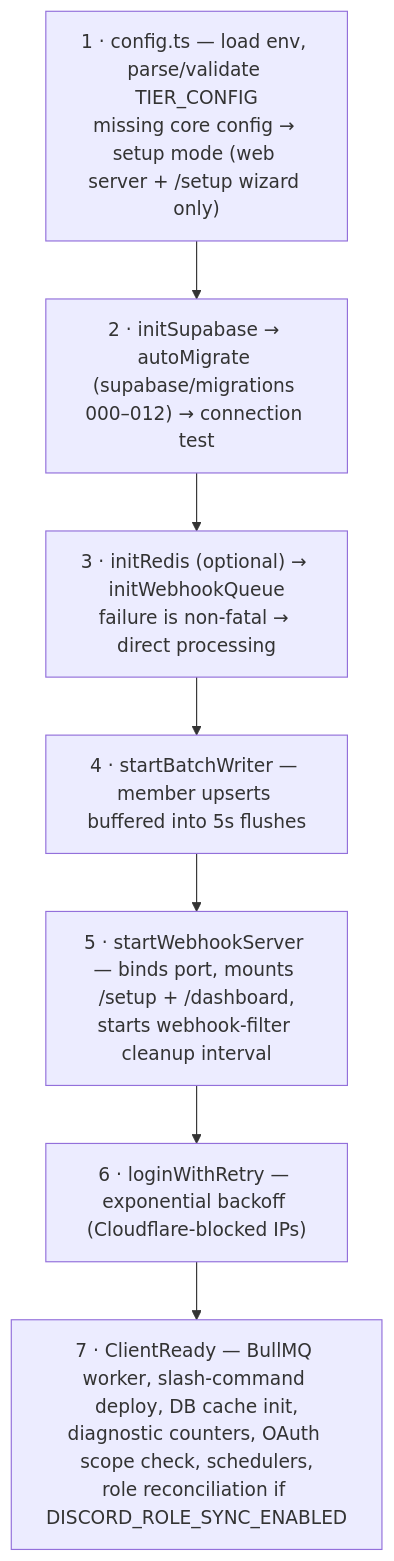
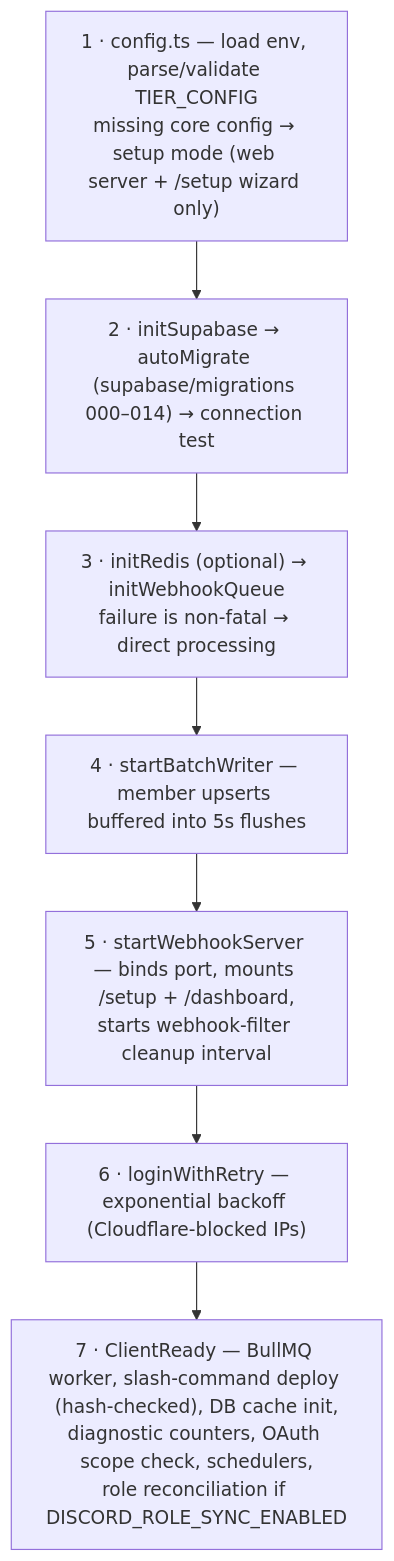
One commit to IqbalZarar-Khan/DISBot changed the second of 9 diagrams in docs/wiki/Diagrams.md. Above: the diagram before and after it, drawn with Mermaid. The commit also changed 40 other files, not shown here.

Commit message:
feat: architectural hardening, security safeguards, and multi-instance reliability

````diff
--- a/docs/wiki/Diagrams.md
+++ b/docs/wiki/Diagrams.md
@@ -85,10 +85,10 @@
 ```mermaid
 flowchart TD
     B1["1 · config.ts — load env, parse/validate TIER_CONFIG<br/>missing core config → setup mode (web server + /setup wizard only)"]
-    B1 --> B2["2 · initSupabase → autoMigrate (supabase/migrations 000–012) → connection test"]
+    B1 --> B2["2 · initSupabase → autoMigrate (supabase/migrations 000–014) → connection test"]
     B2 --> B3["3 · initRedis (optional) → initWebhookQueue<br/>failure is non-fatal → direct processing"]
     B3 --> B4["4 · startBatchWriter — member upserts buffered into 5s flushes"]
     B4 --> B5["5 · startWebhookServer — binds port, mounts /setup + /dashboard,<br/>starts webhook-filter cleanup interval"]
     B5 --> B6["6 · loginWithRetry — exponential backoff (Cloudflare-blocked IPs)"]
-    B6 --> B7["7 · ClientReady — BullMQ worker, slash-command deploy, DB cache init,<br/>diagnostic counters, OAuth scope check, schedulers,<br/>role reconciliation if DISCORD_ROLE_SYNC_ENABLED"]
+    B6 --> B7["7 · ClientReady — BullMQ worker, slash-command deploy (hash-checked), DB cache init,<br/>diagnostic counters, OAuth scope check, schedulers,<br/>role reconciliation if DISCORD_ROLE_SYNC_ENABLED"]
 ```
````
